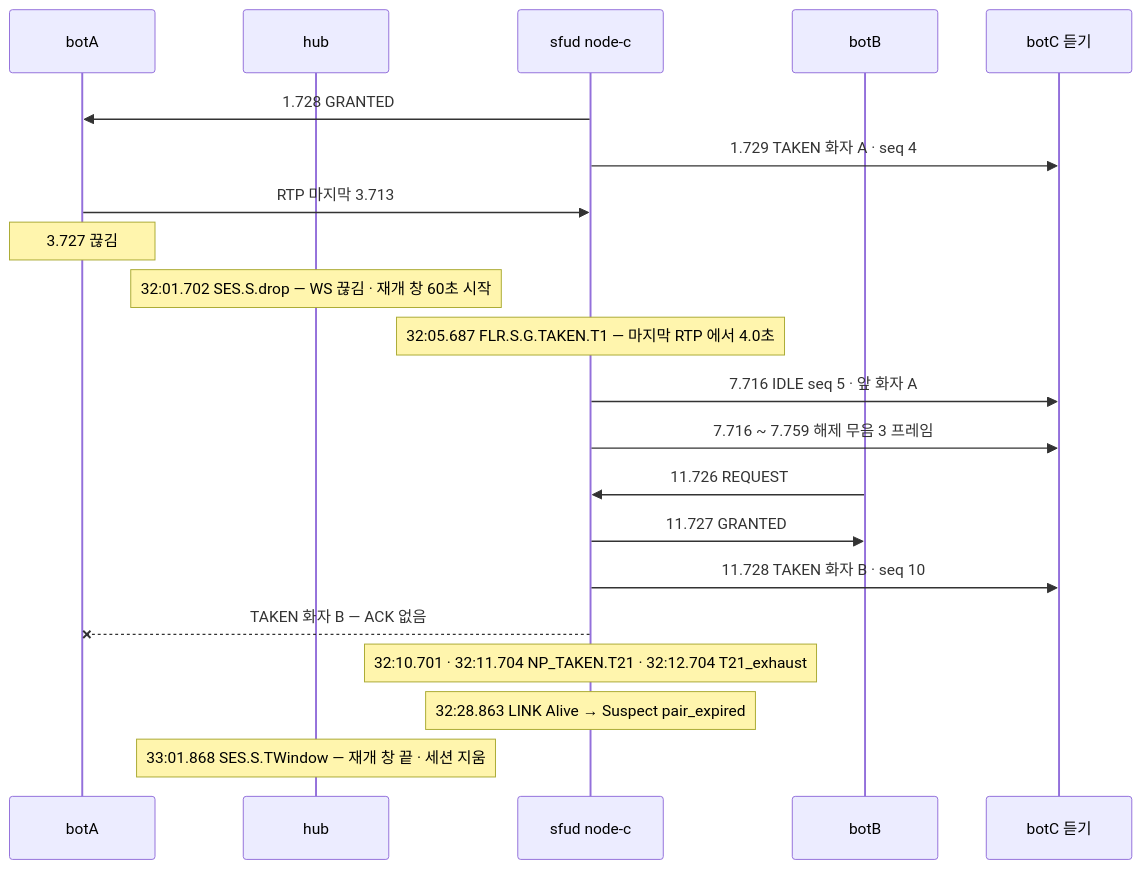
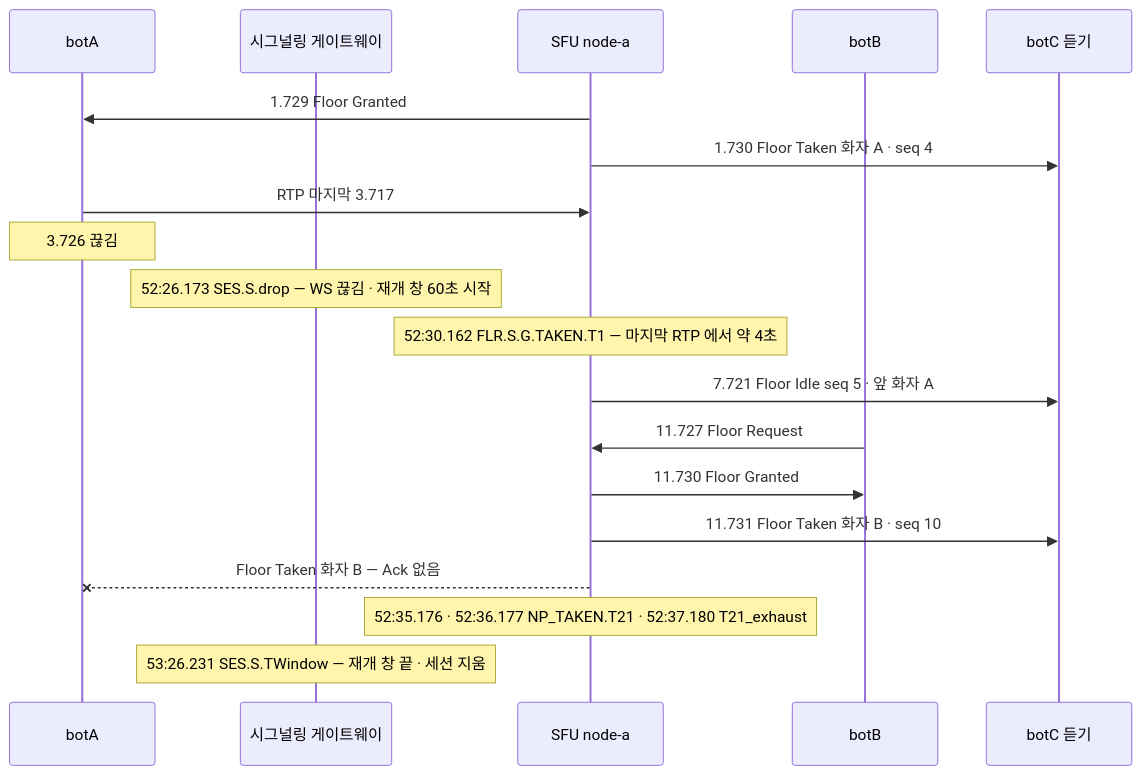
Before and after one commit to kodeholic9/oxlens-sfu: the fourth of 4 diagrams in docs/learn/07_FLOOR.md, drawn with Mermaid. The commit also changed other lines of this file and 19 other files, not shown here.

````diff
--- a/docs/learn/07_FLOOR.md
+++ b/docs/learn/07_FLOOR.md
@@ -195,23 +227,21 @@
 ```mermaid
 sequenceDiagram
   participant A as botA
-  participant H as hub
-  participant S as sfud node-c
+  participant H as 시그널링 게이트웨이
+  participant S as SFU node-a
   participant B as botB
   participant C as botC 듣기
-  S->>A: 1.728 GRANTED
-  S->>C: 1.729 TAKEN 화자 A · seq 4
-  A->>S: RTP 마지막 3.713
-  Note over A: 3.727 끊김
-  Note over H: 32:01.702 SES.S.drop — WS 끊김 · 재개 창 60초 시작
-  Note over S: 32:05.687 FLR.S.G.TAKEN.T1 — 마지막 RTP 에서 4.0초
-  S->>C: 7.716 IDLE seq 5 · 앞 화자 A
-  S->>C: 7.716 ~ 7.759 해제 무음 3 프레임
-  B->>S: 11.726 REQUEST
-  S->>B: 11.727 GRANTED
-  S->>C: 11.728 TAKEN 화자 B · seq 10
-  S--xA: TAKEN 화자 B — ACK 없음
-  Note over S: 32:10.701 · 32:11.704 NP_TAKEN.T21 · 32:12.704 T21_exhaust
-  Note over S: 32:28.863 LINK Alive → Suspect pair_expired
-  Note over H: 33:01.868 SES.S.TWindow — 재개 창 끝 · 세션 지움
+  S->>A: 1.729 Floor Granted
+  S->>C: 1.730 Floor Taken 화자 A · seq 4
+  A->>S: RTP 마지막 3.717
+  Note over A: 3.726 끊김
+  Note over H: 52:26.173 SES.S.drop — WS 끊김 · 재개 창 60초 시작
+  Note over S: 52:30.162 FLR.S.G.TAKEN.T1 — 마지막 RTP 에서 약 4초
+  S->>C: 7.721 Floor Idle seq 5 · 앞 화자 A
+  B->>S: 11.727 Floor Request
+  S->>B: 11.730 Floor Granted
+  S->>C: 11.731 Floor Taken 화자 B · seq 10
+  S--xA: Floor Taken 화자 B — Ack 없음
+  Note over S: 52:35.176 · 52:36.177 NP_TAKEN.T21 · 52:37.180 T21_exhaust
+  Note over H: 53:26.231 SES.S.TWindow — 재개 창 끝 · 세션 지움
 ```
````
